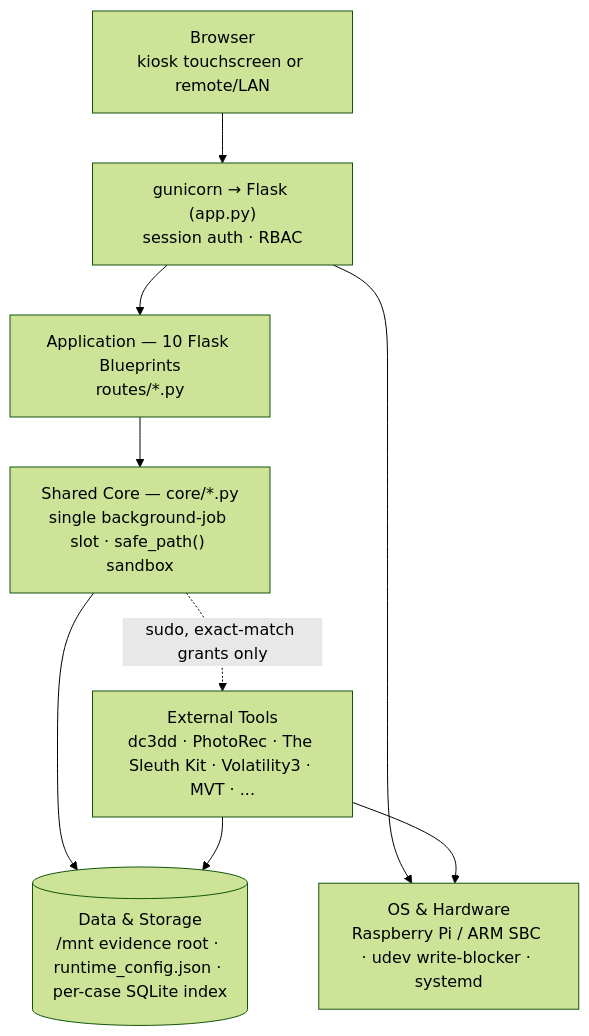
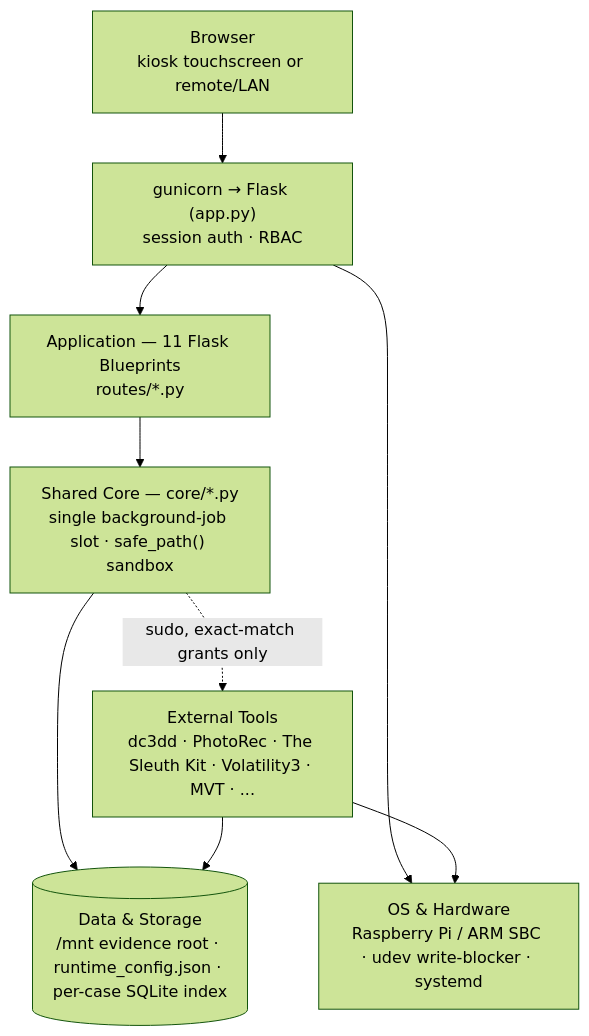
Before and after one commit to n0sfs/pi-forensics: the diagram in README.md, drawn with Mermaid (forest theme). The commit also changed other lines of this file and 2 other files, not shown here.

````diff
--- a/README.md
+++ b/README.md
@@ -273,17 +279,17 @@
 ```mermaid
 flowchart TD
     Client["Browser<br/>kiosk touchscreen or remote/LAN"]
     Web["gunicorn &rarr; Flask (app.py)<br/>session auth &middot; RBAC"]
-    App["Application &mdash; 10 Flask Blueprints<br/>routes/*.py"]
+    App["Application &mdash; 11 Flask Blueprints<br/>routes/*.py"]
     Core["Shared Core &mdash; core/*.py<br/>single background-job slot &middot; safe_path() sandbox"]
     Tools["External Tools<br/>dc3dd &middot; PhotoRec &middot; The Sleuth Kit &middot; Volatility3 &middot; MVT &middot; ..."]
     Data[("Data & Storage<br/>/mnt evidence root &middot; runtime_config.json &middot; per-case SQLite index")]
     OS["OS & Hardware<br/>Raspberry Pi / ARM SBC &middot; udev write-blocker &middot; systemd"]
 
     Client --> Web --> App --> Core
     Core -. "sudo, exact-match grants only" .-> Tools
     Core --> Data
     Tools --> Data
     Web --> OS
     Tools --> OS
 ```
````
